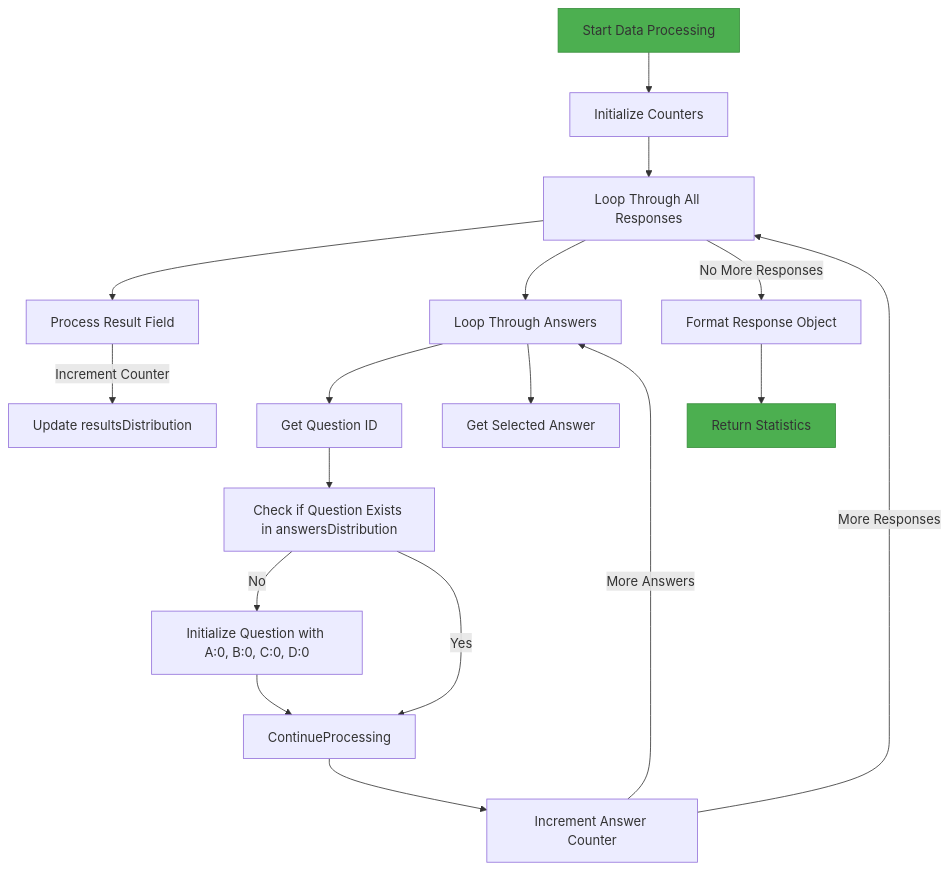
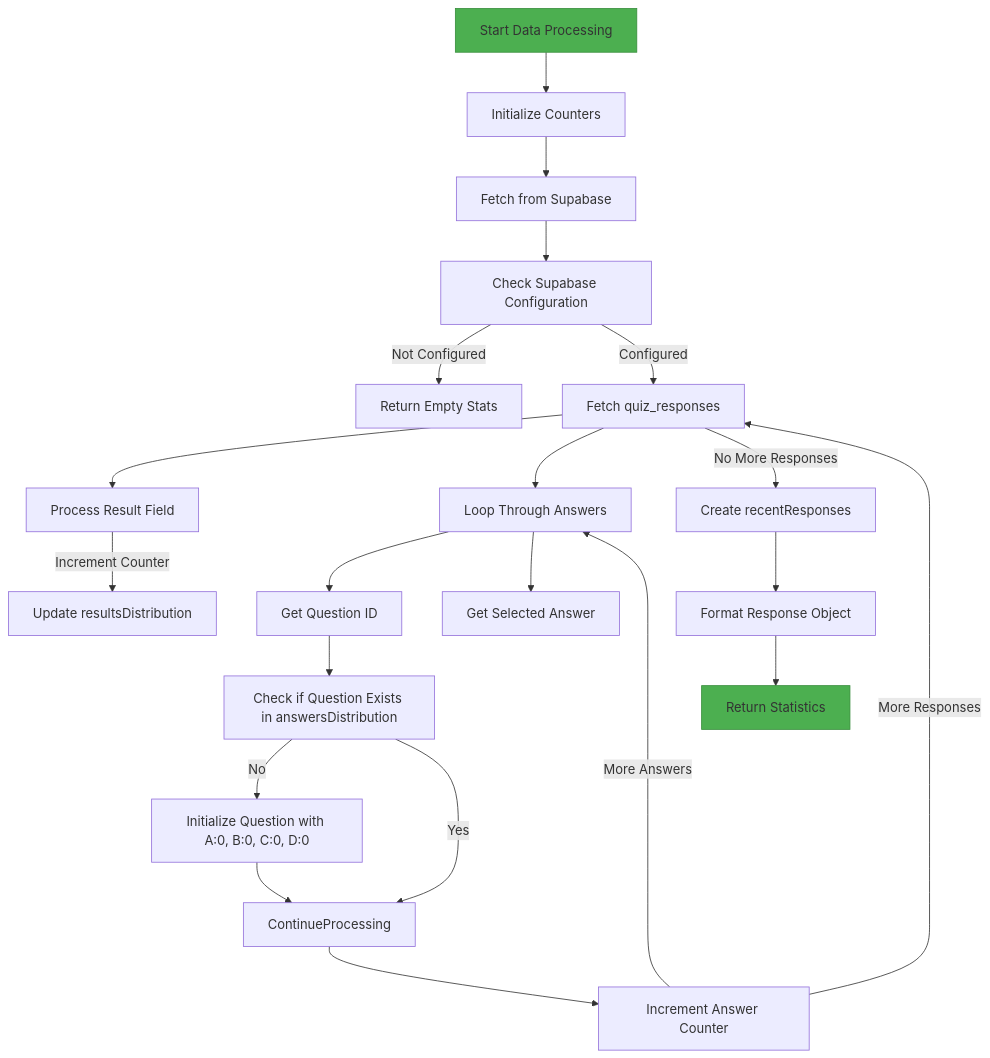
Before and after one commit to lommaks777/alena: the third of 4 diagrams in .qoder/repowiki/en/content/Backend Architecture/Statistics API.md, drawn with Mermaid. The commit also changed other lines of this file and 19 other files, not shown here.

First line of the commit message:
feat: Add autosave functionality for quiz responses

````diff
--- a/.qoder/repowiki/en/content/Backend Architecture/Statistics API.md
+++ b/.qoder/repowiki/en/content/Backend Architecture/Statistics API.md
@@ -116,21 +133,25 @@
 ```mermaid
 flowchart TD
 Start["Start Data Processing"] --> Initialize["Initialize Counters"]
-Initialize --> LoopResponses["Loop Through All Responses"]
-LoopResponses --> ProcessResult["Process Result Field"]
+Initialize --> FetchSupabase["Fetch from Supabase"]
+FetchSupabase --> CheckConfig["Check Supabase Configuration"]
+CheckConfig --> |Not Configured| ReturnEmpty["Return Empty Stats"]
+CheckConfig --> |Configured| FetchData["Fetch quiz_responses"]
+FetchData --> ProcessResult["Process Result Field"]
 ProcessResult --> |Increment Counter| UpdateResultsDist["Update resultsDistribution"]
-LoopResponses --> LoopAnswers["Loop Through Answers"]
+FetchData --> LoopAnswers["Loop Through Answers"]
 LoopAnswers --> GetQuestion["Get Question ID"]
 LoopAnswers --> GetAnswer["Get Selected Answer"]
 GetQuestion --> CheckQuestion["Check if Question Exists in answersDistribution"]
 CheckQuestion --> |No| InitializeQuestion["Initialize Question with A:0, B:0, C:0, D:0"]
 CheckQuestion --> |Yes| ContinueProcessing
 InitializeQuestion --> ContinueProcessing
 ContinueProcessing --> IncrementAnswer["Increment Answer Counter"]
 IncrementAnswer --> |More Answers| LoopAnswers
-IncrementAnswer --> |More Responses| LoopResponses
-LoopResponses --> |No More Responses| FormatResponse["Format Response Object"]
+IncrementAnswer --> |More Responses| FetchData
+FetchData --> |No More Responses| CreateRecent["Create recentResponses"]
+CreateRecent --> FormatResponse["Format Response Object"]
 FormatResponse --> Return["Return Statistics"]
 style Start fill:#4CAF50,stroke:#388E3C
 style Return fill:#4CAF50,stroke:#388E3C
 ```
````
